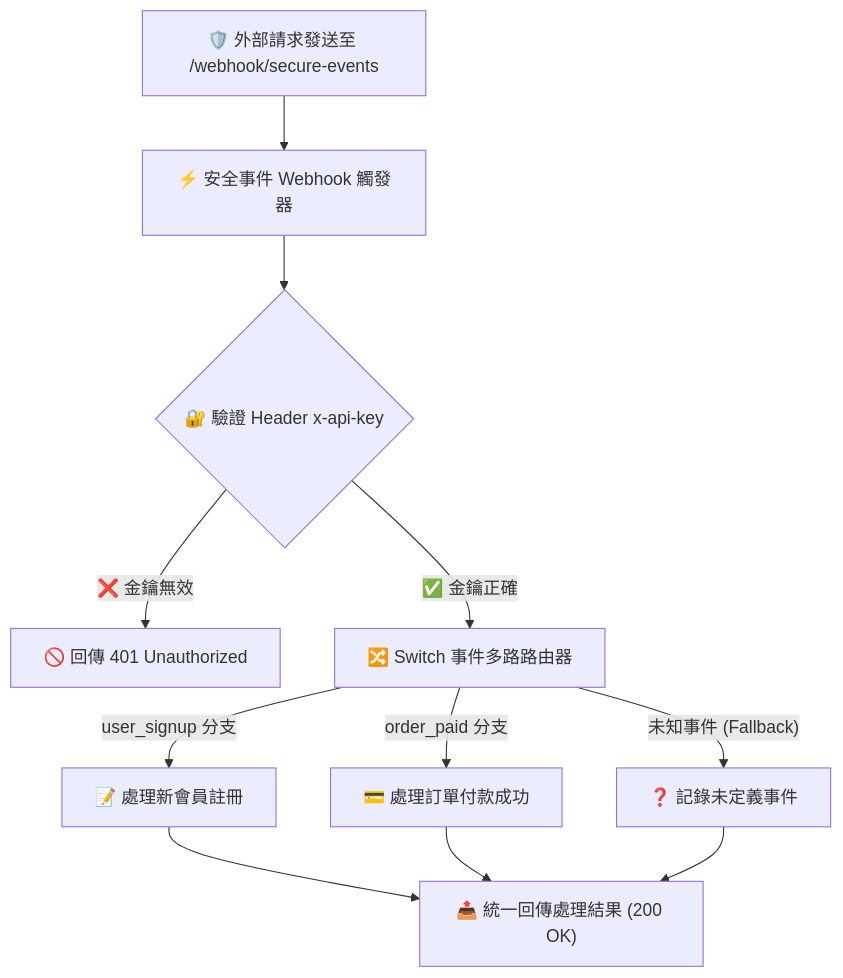
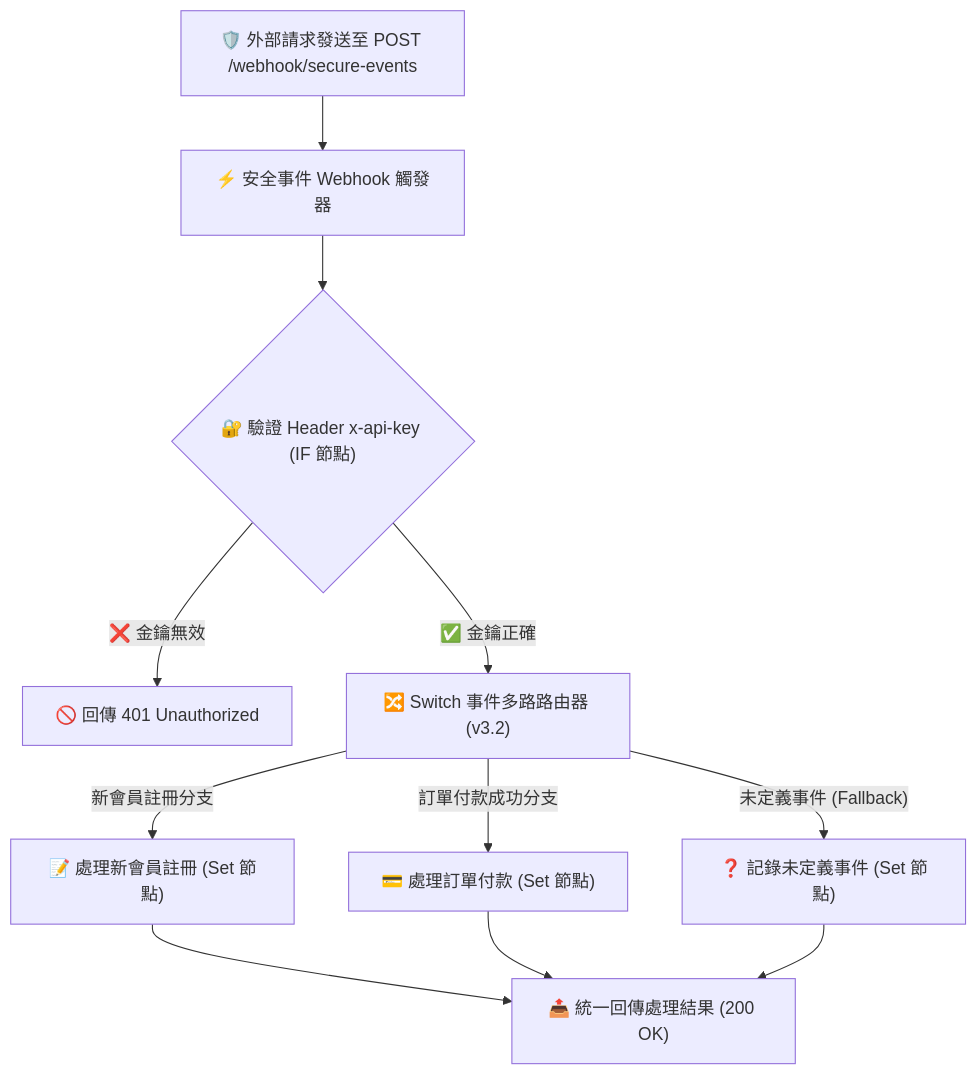
The diagram in webhook實作/多事件分流與安全驗證/README.md (roberthsu2003/n8n), drawn with Mermaid before and after one commit. The commit also changed other lines of this file and 8 other files, not shown here.

````diff
--- a/webhook實作/多事件分流與安全驗證/README.md
+++ b/webhook實作/多事件分流與安全驗證/README.md
@@ -13,15 +15,15 @@
 ```mermaid
 flowchart TD
-    A["🛡️ 外部請求發送至 /webhook/secure-events"] --> B["⚡ 安全事件 Webhook 觸發器"]
-    B --> C{"🔐 驗證 Header x-api-key"}
+    A["🛡️ 外部請求發送至 POST /webhook/secure-events"] --> B["⚡ 安全事件 Webhook 觸發器"]
+    B --> C{"🔐 驗證 Header x-api-key (IF 節點)"}
     C -->|"❌ 金鑰無效"| D1["🚫 回傳 401 Unauthorized"]
-    C -->|"✅ 金鑰正確"| D2["🔀 Switch 事件多路路由器"]
+    C -->|"✅ 金鑰正確"| D2["🔀 Switch 事件多路路由器 (v3.2)"]
     
-    D2 -->|"user_signup 分支"| E1["📝 處理新會員註冊"]
-    D2 -->|"order_paid 分支"| E2["💳 處理訂單付款成功"]
-    D2 -->|"未知事件 (Fallback)"| E3["❓ 記錄未定義事件"]
+    D2 -->|"新會員註冊分支"| E1["📝 處理新會員註冊 (Set 節點)"]
+    D2 -->|"訂單付款成功分支"| E2["💳 處理訂單付款 (Set 節點)"]
+    D2 -->|"未定義事件 (Fallback)"| E3["❓ 記錄未定義事件 (Set 節點)"]
     
     E1 --> F["📤 統一回傳處理結果 (200 OK)"]
     E2 --> F
     E3 --> F
 ```
````
